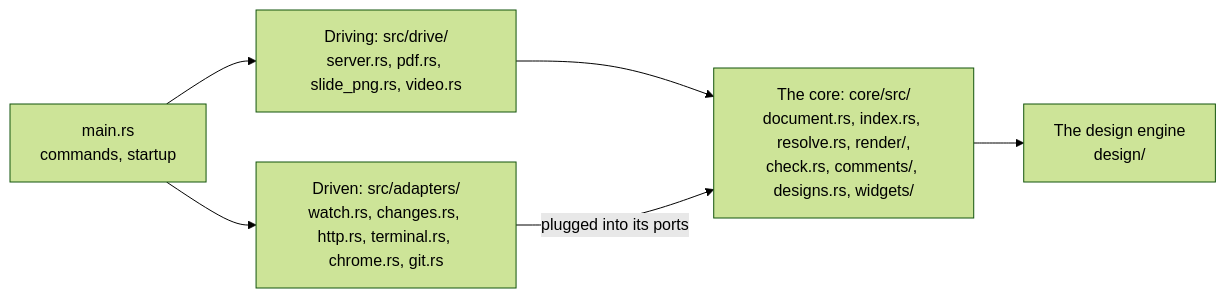
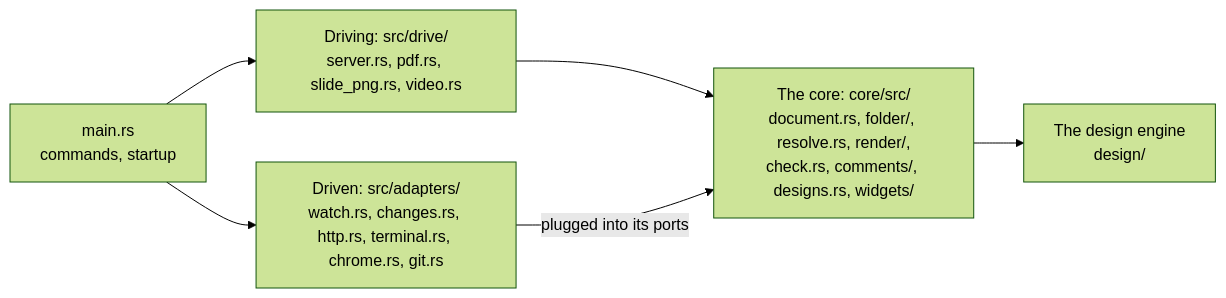
The diagram in docs/boxes/engineering/code-map/README.md (andrei512/devpage), drawn with Mermaid (forest theme) before and after one commit. The commit also changed other lines of this file and 55 other files, not shown here.

````diff
--- a/docs/boxes/engineering/code-map/README.md
+++ b/docs/boxes/engineering/code-map/README.md
@@ -26,13 +26,13 @@
 ```mermaid
 flowchart LR
   main["main.rs<br/>commands, startup"] --> drive["Driving: src/drive/<br/>server.rs, pdf.rs, slide_png.rs, video.rs"]
   main --> adapters["Driven: src/adapters/<br/>watch.rs, changes.rs, http.rs, terminal.rs, chrome.rs, git.rs"]
-  drive --> core["The core: core/src/<br/>document.rs, index.rs, resolve.rs, render/,<br/>check.rs, comments/, designs.rs, widgets/"]
+  drive --> core["The core: core/src/<br/>document.rs, folder/, resolve.rs, render/,<br/>check.rs, comments/, designs.rs, widgets/"]
   adapters -- "plugged into its ports" --> core
   core --> engine["The design engine<br/>design/"]
   click main href "#how-main-wires-it-together" "How main wires it together"
   click drive href "../../viewer/serving-pages/README.md" "Serving pages"
   click adapters href "../../viewer/live-updates/README.md" "Live updates"
   click core href "../../viewer/rendering-a-page/README.md" "Rendering a page"
   click engine href "../../viewer/design-engine/README.md" "The design engine"
 ```
````
